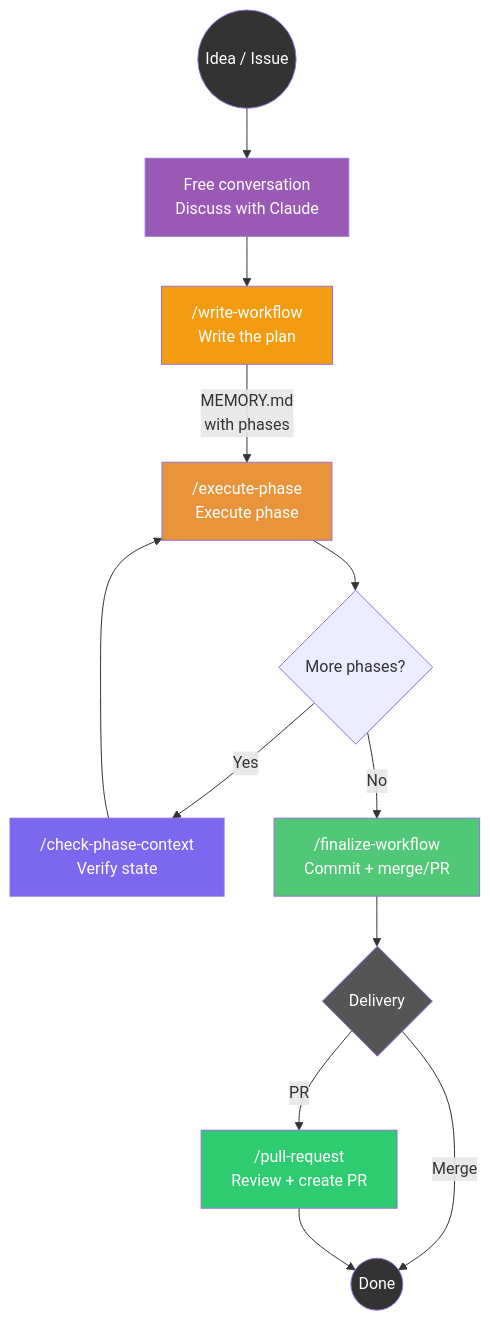
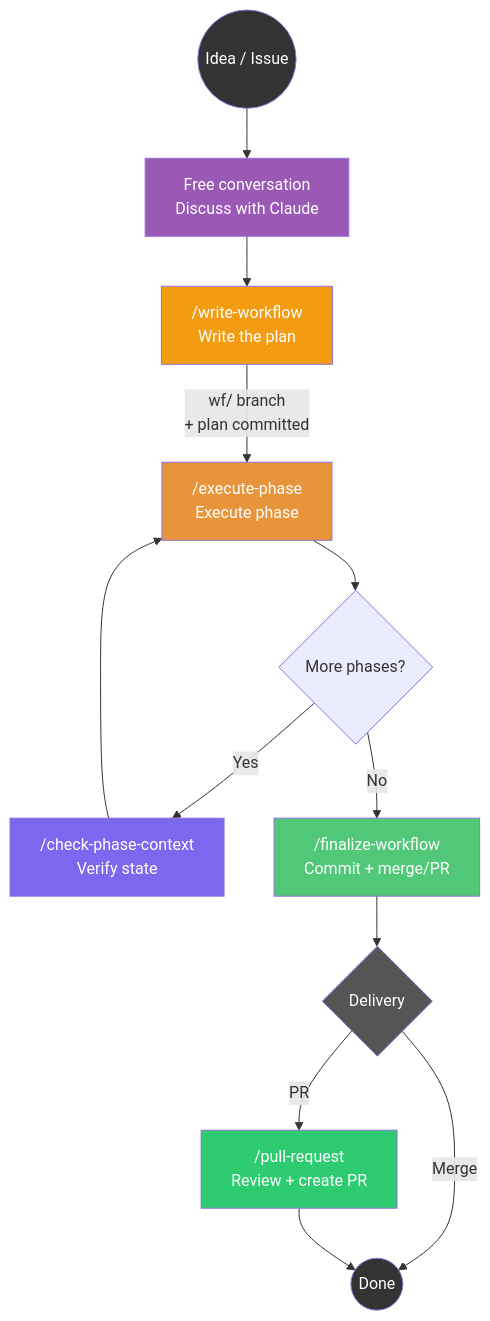
One commit to fporcari/claude-phased-workflow changed the first of 3 diagrams in README.md. Above: the diagram before and after it, drawn with Mermaid. The commit also changed other lines of this file and 24 other files, not shown here.

````diff
--- a/README.md
+++ b/README.md
@@ -14,24 +14,24 @@
 ```mermaid
 flowchart TD
     START((Idea / Issue)) --> CONV["Free conversation\nDiscuss with Claude"]
     CONV --> WW["/write-workflow\nWrite the plan"]
-    WW --> |"MEMORY.md\nwith phases"| EP["/execute-phase\nExecute phase"]
+    WW --> |"wf/ branch\n+ plan committed"| EP["/execute-phase\nExecute phase"]
     EP --> CHECK{More phases?}
     CHECK --> |Yes| CPC["/check-phase-context\nVerify state"]
     CPC --> EP
     CHECK --> |No| FW["/finalize-workflow\nCommit + merge/PR"]
     FW --> PR{Delivery}
     PR --> |PR| PULL["/pull-request\nReview + create PR"]
     PR --> |Merge| DONE((Done))
     PULL --> DONE
 
     style CONV fill:#9b59b6,color:#fff
     style WW fill:#f39c12,color:#fff
     style EP fill:#e8943a,color:#fff
     style CPC fill:#7b68ee,color:#fff
     style FW fill:#50c878,color:#fff
     style PULL fill:#2ecc71,color:#fff
     style START fill:#333,color:#fff
     style DONE fill:#333,color:#fff
     style PR fill:#555,color:#fff
 ```
````
